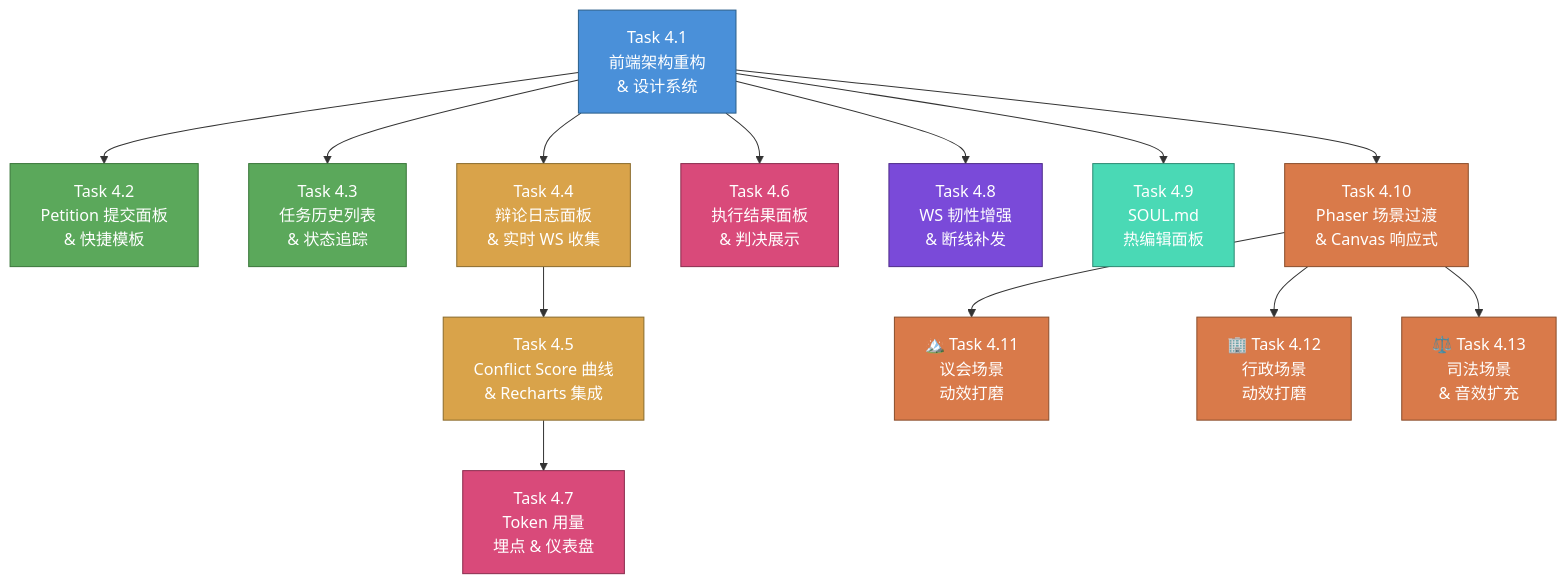
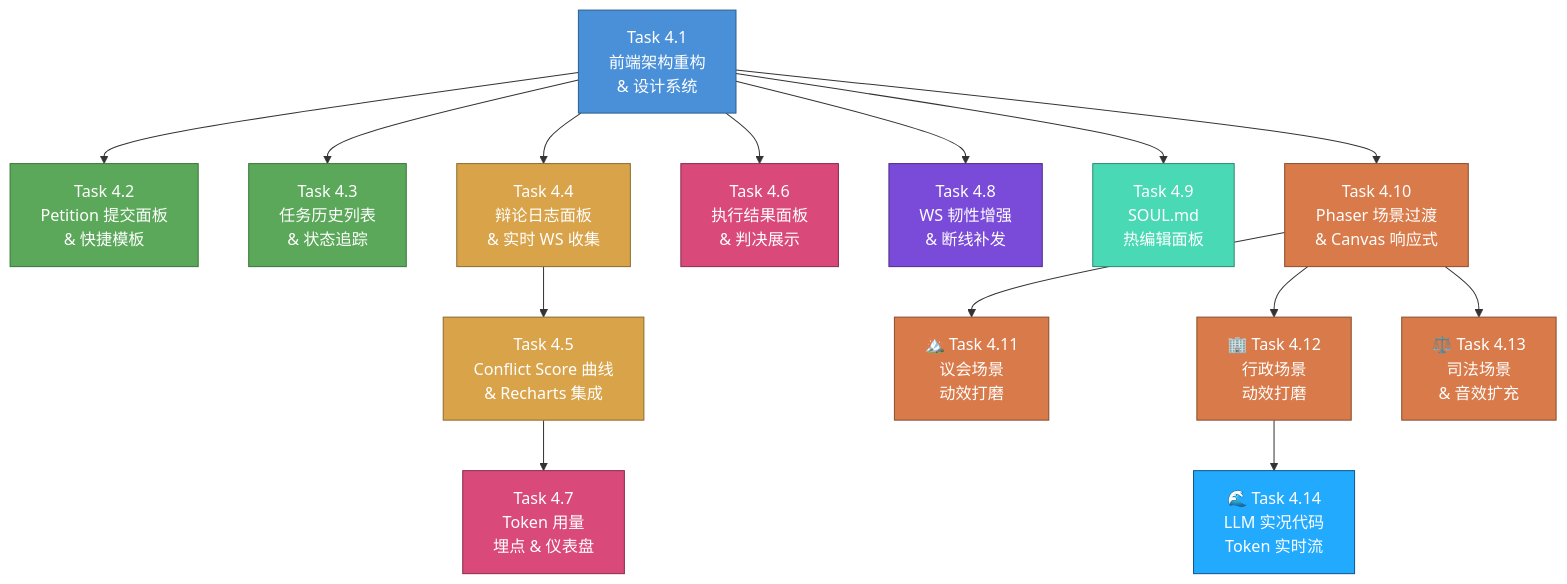
The diagram in docs/plan_ts/phase4/phase4_planning.md (Junzerg/openclaw_trias), drawn with Mermaid before and after one commit. The commit also changed other lines of this file and 2 other files, not shown here.

Commit message:
docs: add Epic Task 4.14 for LLM Real-time Streaming to master plan

````diff
--- a/docs/plan_ts/phase4/phase4_planning.md
+++ b/docs/plan_ts/phase4/phase4_planning.md
@@ -488,44 +519,47 @@
 ```mermaid
 graph TD
     T41["Task 4.1<br/>前端架构重构<br/>& 设计系统"]
     T42["Task 4.2<br/>Petition 提交面板<br/>& 快捷模板"]
     T43["Task 4.3<br/>任务历史列表<br/>& 状态追踪"]
     T44["Task 4.4<br/>辩论日志面板<br/>& 实时 WS 收集"]
     T45["Task 4.5<br/>Conflict Score 曲线<br/>& Recharts 集成"]
     T46["Task 4.6<br/>执行结果面板<br/>& 判决展示"]
     T47["Task 4.7<br/>Token 用量<br/>埋点 & 仪表盘"]
     T48["Task 4.8<br/>WS 韧性增强<br/>& 断线补发"]
     T49["Task 4.9<br/>SOUL.md<br/>热编辑面板"]
     T410["Task 4.10<br/>Phaser 场景过渡<br/>& Canvas 响应式"]
     T411["🏔️ Task 4.11<br/>议会场景<br/>动效打磨"]
     T412["🏢 Task 4.12<br/>行政场景<br/>动效打磨"]
     T413["⚖️ Task 4.13<br/>司法场景<br/>& 音效扩充"]
+    T414["🌊 Task 4.14<br/>LLM 实况代码<br/>Token 实时流"]
 
     T41 --> T42
     T41 --> T43
     T41 --> T44
     T41 --> T46
     T41 --> T48
     T41 --> T49
     T41 --> T410
 
     T410 --> T411
     T410 --> T412
     T410 --> T413
+    T412 --> T414
     T44 --> T45
     T45 --> T47
 
     style T41 fill:#4a90d9,stroke:#2c5f8a,color:#fff
     style T42 fill:#5ba85b,stroke:#397639,color:#fff
     style T43 fill:#5ba85b,stroke:#397639,color:#fff
     style T44 fill:#d9a34a,stroke:#8a6b2c,color:#fff
     style T45 fill:#d9a34a,stroke:#8a6b2c,color:#fff
     style T46 fill:#d94a7a,stroke:#8a2c4e,color:#fff
     style T47 fill:#d94a7a,stroke:#8a2c4e,color:#fff
     style T48 fill:#7a4ad9,stroke:#4e2c8a,color:#fff
     style T49 fill:#4ad9b5,stroke:#2c8a73,color:#fff
     style T410 fill:#d97a4a,stroke:#8a4e2c,color:#fff
     style T411 fill:#d97a4a,stroke:#8a4e2c,color:#fff
     style T412 fill:#d97a4a,stroke:#8a4e2c,color:#fff
     style T413 fill:#d97a4a,stroke:#8a4e2c,color:#fff
+    style T414 fill:#22aaff,stroke:#115588,color:#fff
 ```
````
